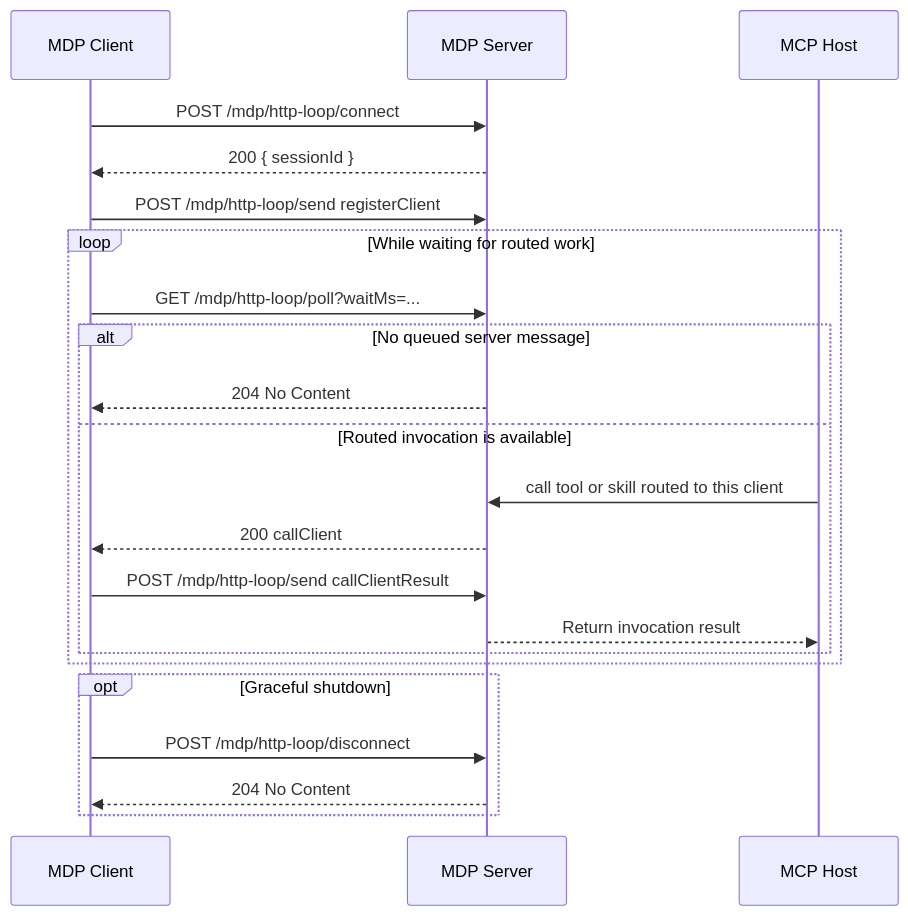
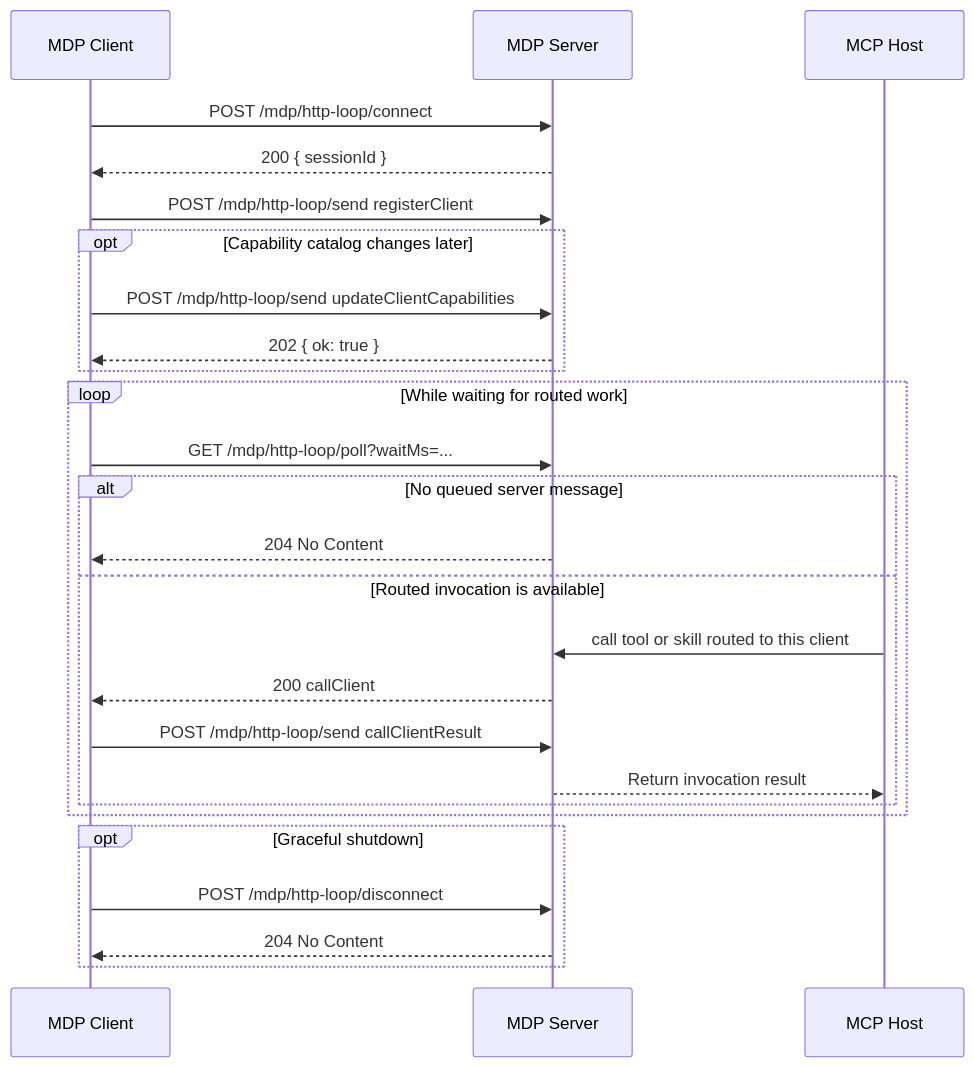
One commit to modeldriveprotocol/modeldriveprotocol changed the diagram in docs/server/api/http-loop-connection.md. Above: the diagram before and after it, drawn with Mermaid. The commit also changed other lines of this file and 29 other files, not shown here.

Commit message:
feat: add capability catalog update support

````diff
--- a/docs/server/api/http-loop-connection.md
+++ b/docs/server/api/http-loop-connection.md
@@ -54,27 +55,32 @@
 ```mermaid
 sequenceDiagram
   participant Client as MDP Client
   participant Server as MDP Server
   participant Host as MCP Host
 
   Client->>Server: POST /mdp/http-loop/connect
   Server-->>Client: 200 { sessionId }
   Client->>Server: POST /mdp/http-loop/send registerClient
+
+  opt Capability catalog changes later
+    Client->>Server: POST /mdp/http-loop/send updateClientCapabilities
+    Server-->>Client: 202 { ok: true }
+  end
 
   loop While waiting for routed work
     Client->>Server: GET /mdp/http-loop/poll?waitMs=...
     alt No queued server message
       Server-->>Client: 204 No Content
     else Routed invocation is available
       Host->>Server: call tool or skill routed to this client
       Server-->>Client: 200 callClient
       Client->>Server: POST /mdp/http-loop/send callClientResult
       Server-->>Host: Return invocation result
     end
   end
 
   opt Graceful shutdown
     Client->>Server: POST /mdp/http-loop/disconnect
     Server-->>Client: 204 No Content
   end
 ```
````
